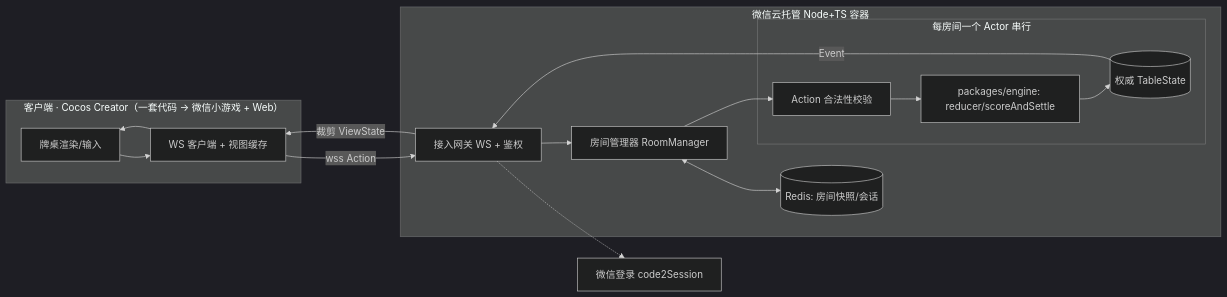
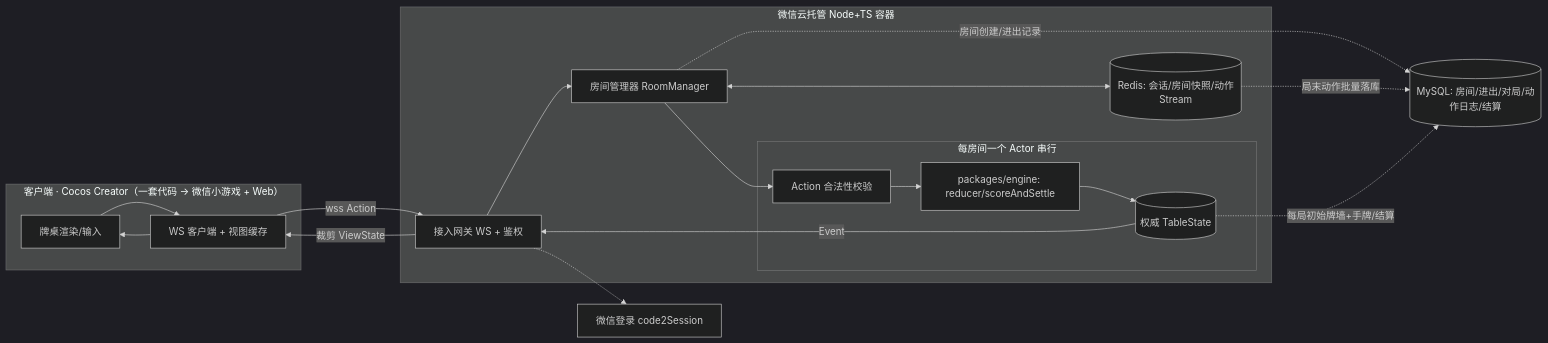
The first of 2 diagrams in docs/3-技术文档/AC麻将-联机架构方案.md (kai-cui1/ac-majong), drawn with Mermaid (dark theme) before and after one commit. The commit also changed other lines of this file and 37 other files, not shown here.

First line of the commit message:
feat: 持久化基座(MySQL/Redis/Memory) + Cocos UI层初始化 + 部署配置

````diff
--- a/docs/3-技术文档/AC麻将-联机架构方案.md
+++ b/docs/3-技术文档/AC麻将-联机架构方案.md
@@ -38,22 +38,26 @@
 ```mermaid
 flowchart LR
   subgraph ClientApp[客户端 · Cocos Creator（一套代码 → 微信小游戏 + Web）]
     UI[牌桌渲染/输入]
     NET[WS 客户端 + 视图缓存]
   end
   subgraph 微信云托管[微信云托管 Node+TS 容器]
     GW[接入网关 WS + 鉴权]
     RM[房间管理器 RoomManager]
     subgraph 房间Actor[每房间一个 Actor 串行]
       AUTH[Action 合法性校验]
       ENG[packages/engine: reducer/scoreAndSettle]
       ST[(权威 TableState)]
     end
-    REDIS[(Redis: 房间快照/会话)]
+    REDIS[(Redis: 会话/房间快照/动作Stream)]
   end
+  MYSQL[(MySQL: 房间/进出/对局/动作日志/结算)]
   WX[微信登录 code2Session]
   UI --> NET -->|wss Action| GW --> RM --> AUTH --> ENG --> ST
   ST -->|Event| GW -->|裁剪 ViewState| NET --> UI
   GW -.-> WX
   RM <--> REDIS
+  RM -.->|房间创建/进出记录| MYSQL
+  REDIS -.->|局末动作批量落库| MYSQL
+  ST -.->|每局初始牌墙+手牌/结算| MYSQL
 ```
````
